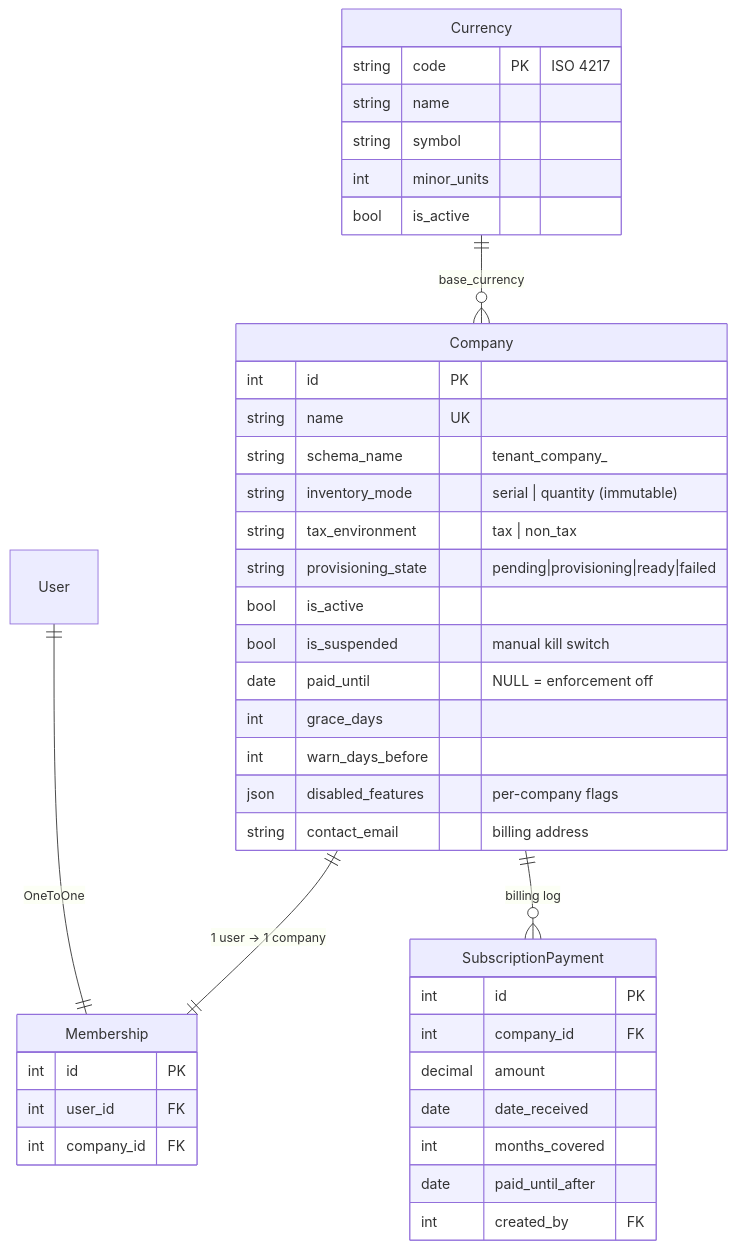
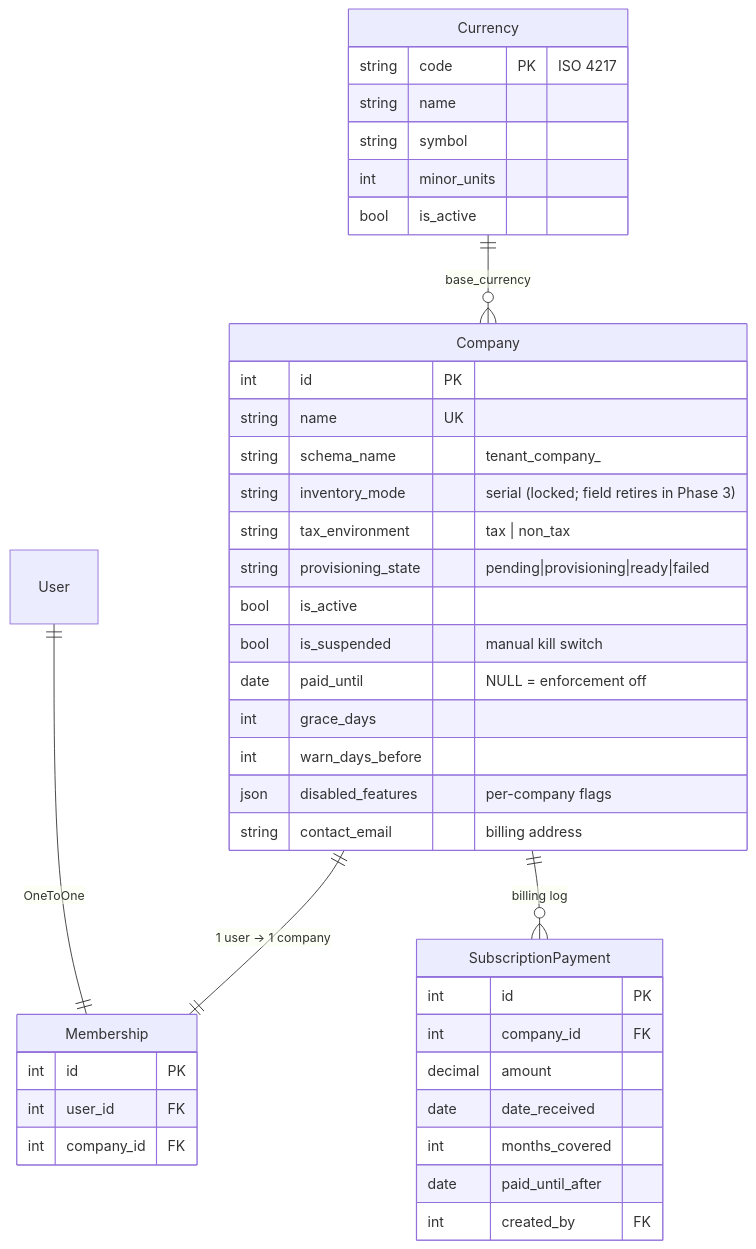
One commit to Maaz-Bin-Haider/Financee_Multitenant_Production changed the fifth of 9 diagrams in README.md. Above: the diagram before and after it, drawn with Mermaid. The commit also changed other lines of this file and 76 other files, not shown here.

Commit message:
Phase 2: retire quantity runtime while preserving serial workflows

````diff
--- a/README.md
+++ b/README.md
@@ -277,44 +276,44 @@
 ```mermaid
 erDiagram
     Currency ||--o{ Company : "base_currency"
     Company ||--|| Membership : "1 user → 1 company"
     Company ||--o{ SubscriptionPayment : "billing log"
     User ||--|| Membership : "OneToOne"
 
     Company {
         int id PK
         string name UK
         string schema_name "tenant_company_<id>"
-        string inventory_mode "serial | quantity (immutable)"
+        string inventory_mode "serial (locked; field retires in Phase 3)"
         string tax_environment "tax | non_tax"
         string provisioning_state "pending|provisioning|ready|failed"
         bool is_active
         bool is_suspended "manual kill switch"
         date paid_until "NULL = enforcement off"
         int grace_days
         int warn_days_before
         json disabled_features "per-company flags"
         string contact_email "billing address"
     }
     Membership {
         int id PK
         int user_id FK
         int company_id FK
     }
     Currency {
         string code PK "ISO 4217"
         string name
         string symbol
         int minor_units
         bool is_active
     }
     SubscriptionPayment {
         int id PK
         int company_id FK
         decimal amount
         date date_received
         int months_covered
         date paid_until_after
         int created_by FK
     }
 ```
````
